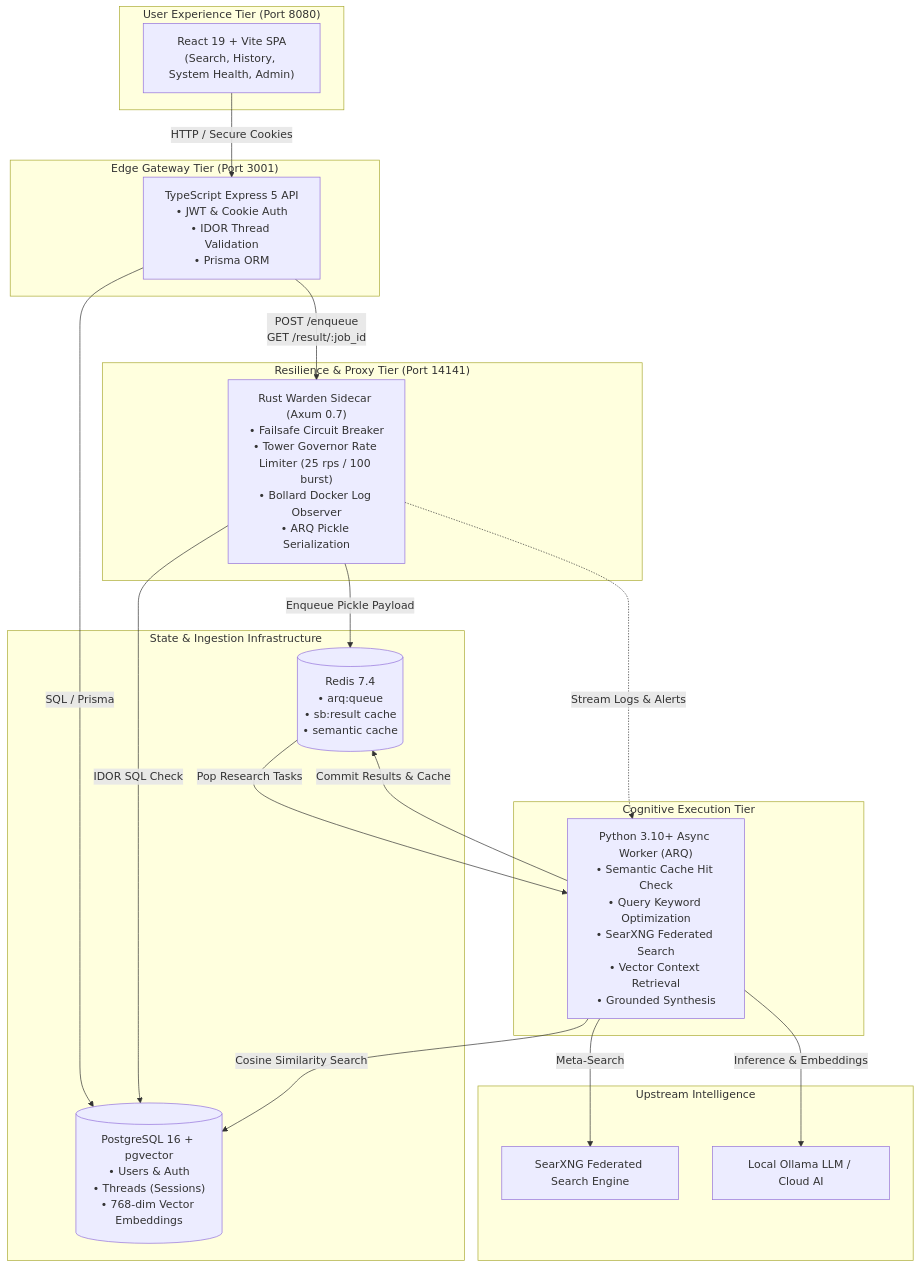
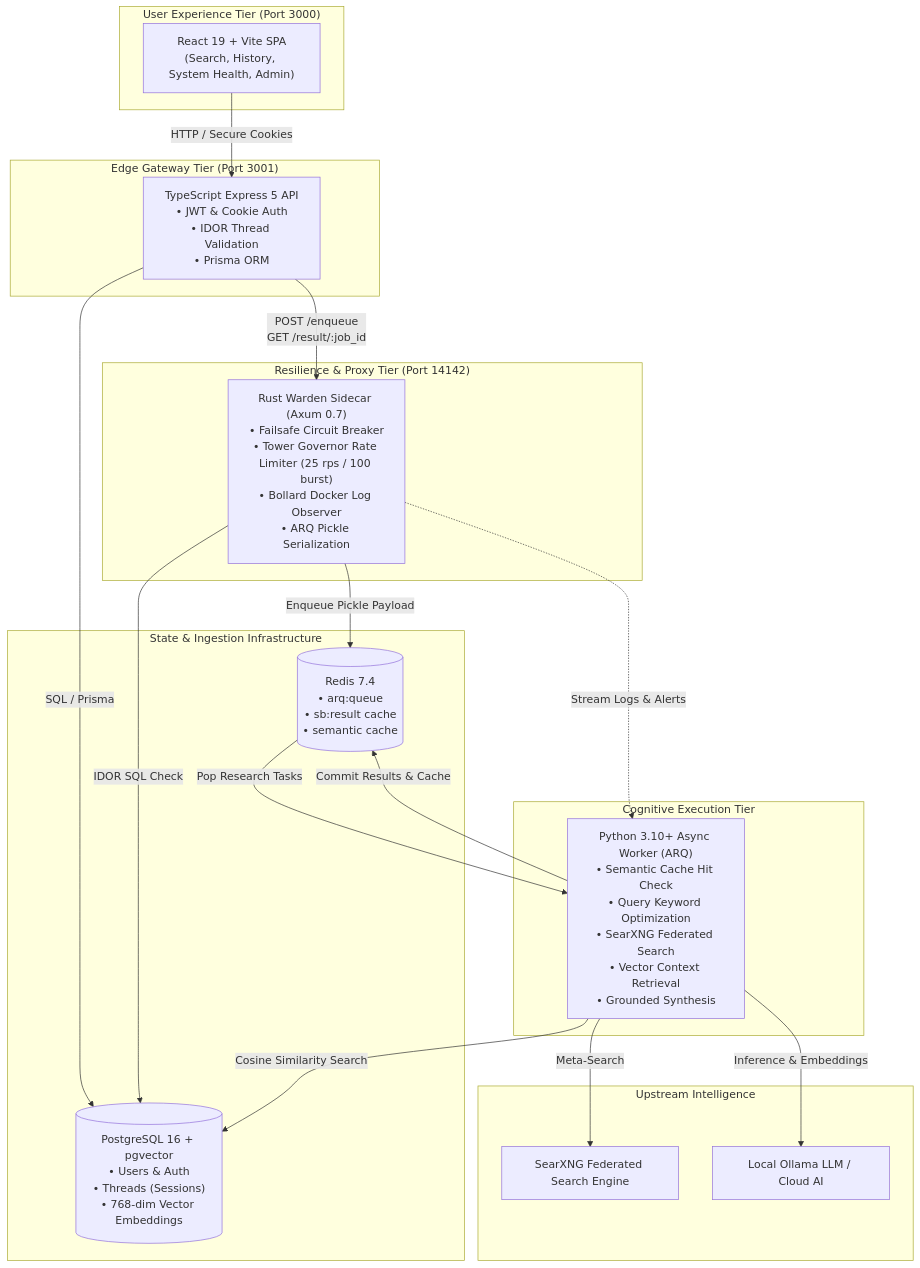
One commit to Somnerd/SearchBoost changed the diagram in README.md. Above: the diagram before and after it, drawn with Mermaid. The commit also changed other lines of this file and 5 other files, not shown here.

````diff
--- a/README.md
+++ b/README.md
@@ -18,40 +18,40 @@
 ```mermaid
 flowchart TD
-    subgraph UI ["User Experience Tier (Port 8080)"]
+    subgraph UI ["User Experience Tier (Port 3000)"]
         React["React 19 + Vite SPA<br/>(Search, History, System Health, Admin)"]
     end
 
     subgraph API ["Edge Gateway Tier (Port 3001)"]
         Node["TypeScript Express 5 API<br/>• JWT & Cookie Auth<br/>• IDOR Thread Validation<br/>• Prisma ORM"]
     end
 
-    subgraph Sidecar ["Resilience & Proxy Tier (Port 14141)"]
+    subgraph Sidecar ["Resilience & Proxy Tier (Port 14142)"]
         Warden["Rust Warden Sidecar (Axum 0.7)<br/>• Failsafe Circuit Breaker<br/>• Tower Governor Rate Limiter (25 rps / 100 burst)<br/>• Bollard Docker Log Observer<br/>• ARQ Pickle Serialization"]
     end
 
     subgraph Storage ["State & Ingestion Infrastructure"]
         Redis[("Redis 7.4<br/>• arq:queue<br/>• sb:result cache<br/>• semantic cache")]
         Postgres[("PostgreSQL 16 + pgvector<br/>• Users & Auth<br/>• Threads (Sessions)<br/>• 768-dim Vector Embeddings")]
     end
 
     subgraph Worker ["Cognitive Execution Tier"]
         PyWorker["Python 3.10+ Async Worker (ARQ)<br/>• Semantic Cache Hit Check<br/>• Query Keyword Optimization<br/>• SearXNG Federated Search<br/>• Vector Context Retrieval<br/>• Grounded Synthesis"]
     end
 
     subgraph External ["Upstream Intelligence"]
         SearXNG["SearXNG Federated Search Engine"]
         Ollama["Local Ollama LLM / Cloud AI"]
     end
 
     React -->|HTTP / Secure Cookies| Node
     Node -->|SQL / Prisma| Postgres
     Node -->|POST /enqueue<br/>GET /result/:job_id| Warden
     Warden -->|IDOR SQL Check| Postgres
     Warden -->|Enqueue Pickle Payload| Redis
     Redis -->|Pop Research Tasks| PyWorker
     PyWorker -->|Meta-Search| SearXNG
     PyWorker -->|Inference & Embeddings| Ollama
     PyWorker -->|Cosine Similarity Search| Postgres
     PyWorker -->|Commit Results & Cache| Redis
     Warden -.->|Stream Logs & Alerts| PyWorker
 ```
````
